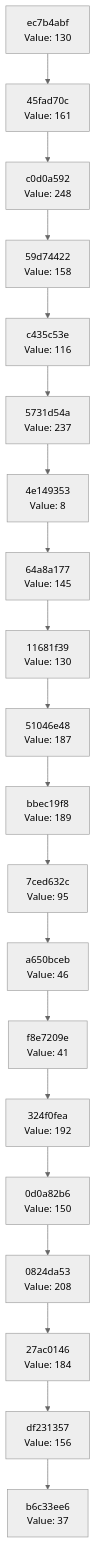
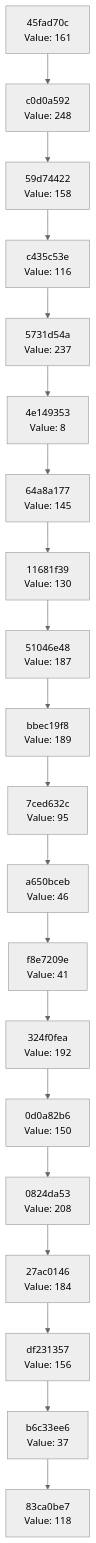
The diagram in docs/CHAIN_VISUALIZATION.md (Abhisheksinha1506/hash-chain-evolver), drawn with Mermaid (neutral theme) before and after one commit. The commit also changed 3 other files, not shown here.

````diff
--- a/docs/CHAIN_VISUALIZATION.md
+++ b/docs/CHAIN_VISUALIZATION.md
@@ -3,42 +3,42 @@
 ```mermaid
 graph TD
-    C0["b6c33ee6<br/>Value: 37"]
-    C1["df231357<br/>Value: 156"]
+    C0["83ca0be7<br/>Value: 118"]
+    C1["b6c33ee6<br/>Value: 37"]
     C1 --> C0
-    C2["27ac0146<br/>Value: 184"]
+    C2["df231357<br/>Value: 156"]
     C2 --> C1
-    C3["0824da53<br/>Value: 208"]
+    C3["27ac0146<br/>Value: 184"]
     C3 --> C2
-    C4["0d0a82b6<br/>Value: 150"]
+    C4["0824da53<br/>Value: 208"]
     C4 --> C3
-    C5["324f0fea<br/>Value: 192"]
+    C5["0d0a82b6<br/>Value: 150"]
     C5 --> C4
-    C6["f8e7209e<br/>Value: 41"]
+    C6["324f0fea<br/>Value: 192"]
     C6 --> C5
-    C7["a650bceb<br/>Value: 46"]
+    C7["f8e7209e<br/>Value: 41"]
     C7 --> C6
-    C8["7ced632c<br/>Value: 95"]
+    C8["a650bceb<br/>Value: 46"]
     C8 --> C7
-    C9["bbec19f8<br/>Value: 189"]
+    C9["7ced632c<br/>Value: 95"]
     C9 --> C8
-    C10["51046e48<br/>Value: 187"]
+    C10["bbec19f8<br/>Value: 189"]
     C10 --> C9
-    C11["11681f39<br/>Value: 130"]
+    C11["51046e48<br/>Value: 187"]
     C11 --> C10
-    C12["64a8a177<br/>Value: 145"]
+    C12["11681f39<br/>Value: 130"]
     C12 --> C11
-    C13["4e149353<br/>Value: 8"]
+    C13["64a8a177<br/>Value: 145"]
     C13 --> C12
-    C14["5731d54a<br/>Value: 237"]
+    C14["4e149353<br/>Value: 8"]
     C14 --> C13
-    C15["c435c53e<br/>Value: 116"]
+    C15["5731d54a<br/>Value: 237"]
     C15 --> C14
-    C16["59d74422<br/>Value: 158"]
+    C16["c435c53e<br/>Value: 116"]
     C16 --> C15
-    C17["c0d0a592<br/>Value: 248"]
+    C17["59d74422<br/>Value: 158"]
     C17 --> C16
-    C18["45fad70c<br/>Value: 161"]
+    C18["c0d0a592<br/>Value: 248"]
     C18 --> C17
-    C19["ec7b4abf<br/>Value: 130"]
+    C19["45fad70c<br/>Value: 161"]
     C19 --> C18
 ```
````
